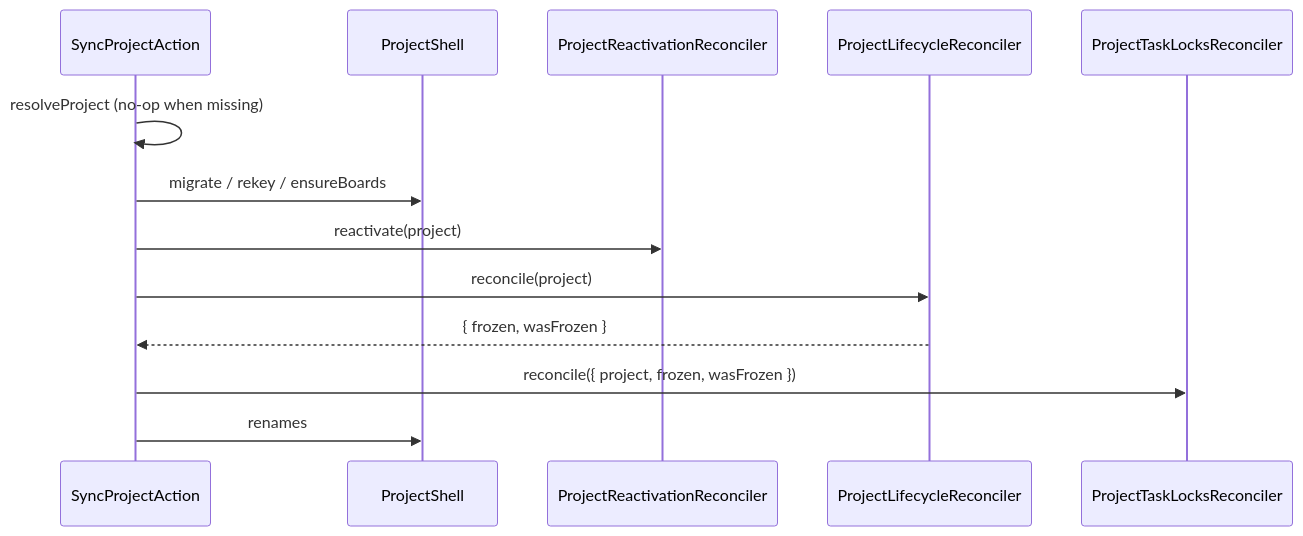
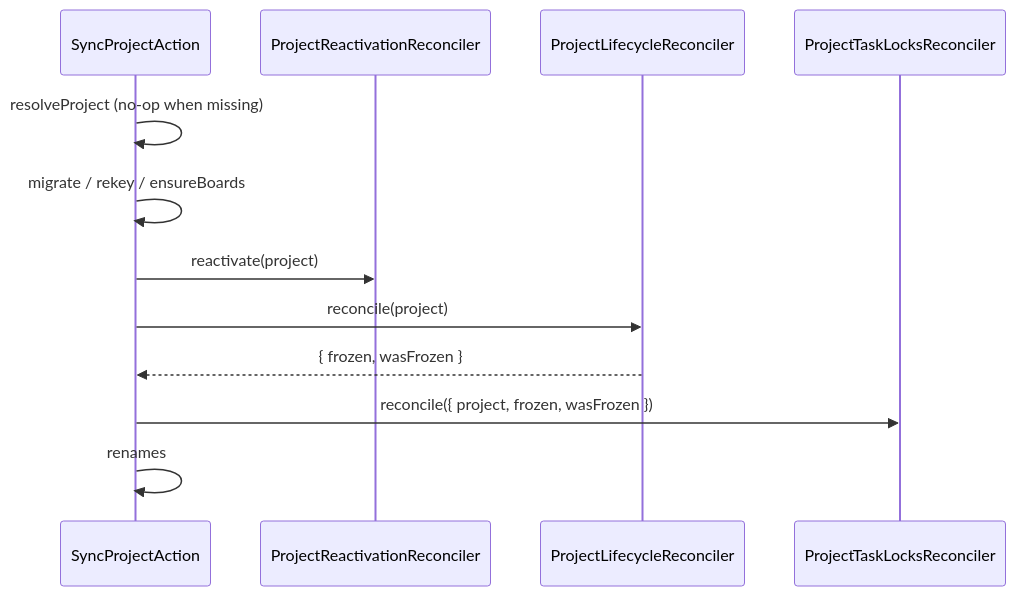
One commit to 99linesofcode/obsidian-project-management changed the second of 18 diagrams in docs/developer-manual.md. Above: the diagram before and after it, drawn with Mermaid. The commit also changed other lines of this file and 6 other files, not shown here.

````diff
--- a/docs/developer-manual.md
+++ b/docs/developer-manual.md
@@ -219,16 +217,15 @@
 ```mermaid
 sequenceDiagram
   participant SP as SyncProjectAction
-  participant Shell as ProjectShell
   participant React as ProjectReactivationReconciler
   participant Life as ProjectLifecycleReconciler
   participant Lock as ProjectTaskLocksReconciler
 
   SP->>SP: resolveProject (no-op when missing)
-  SP->>Shell: migrate / rekey / ensureBoards
+  SP->>SP: migrate / rekey / ensureBoards
   SP->>React: reactivate(project)
   SP->>Life: reconcile(project)
   Life-->>SP: { frozen, wasFrozen }
   SP->>Lock: reconcile({ project, frozen, wasFrozen })
-  SP->>Shell: renames
+  SP->>SP: renames
 ```
````
